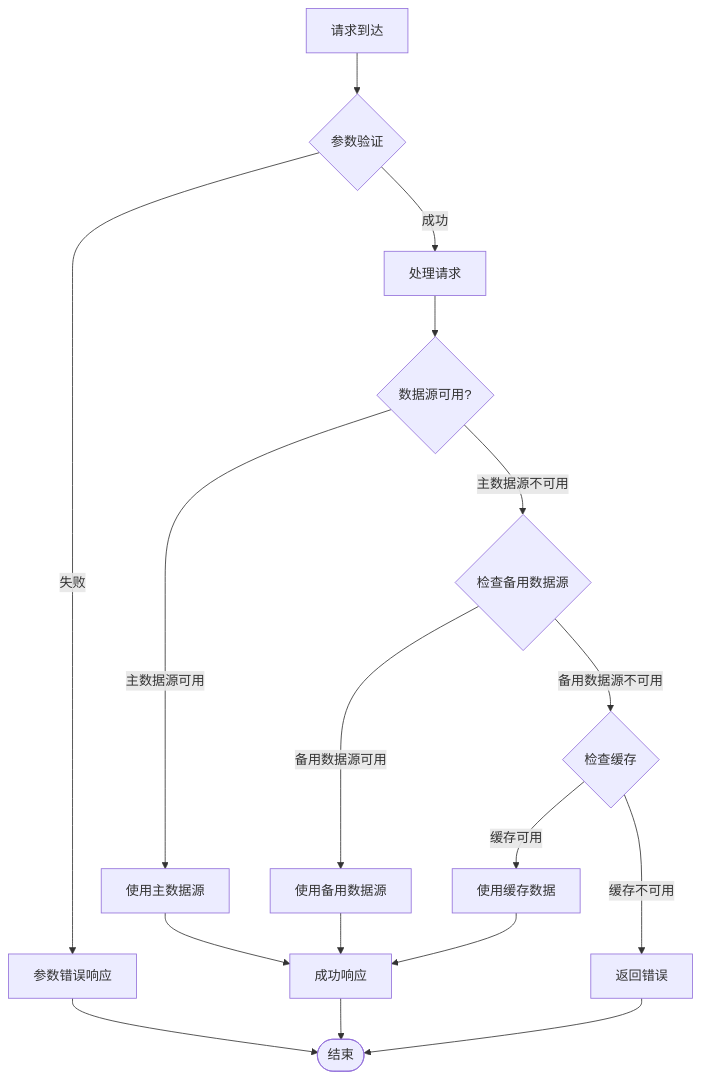
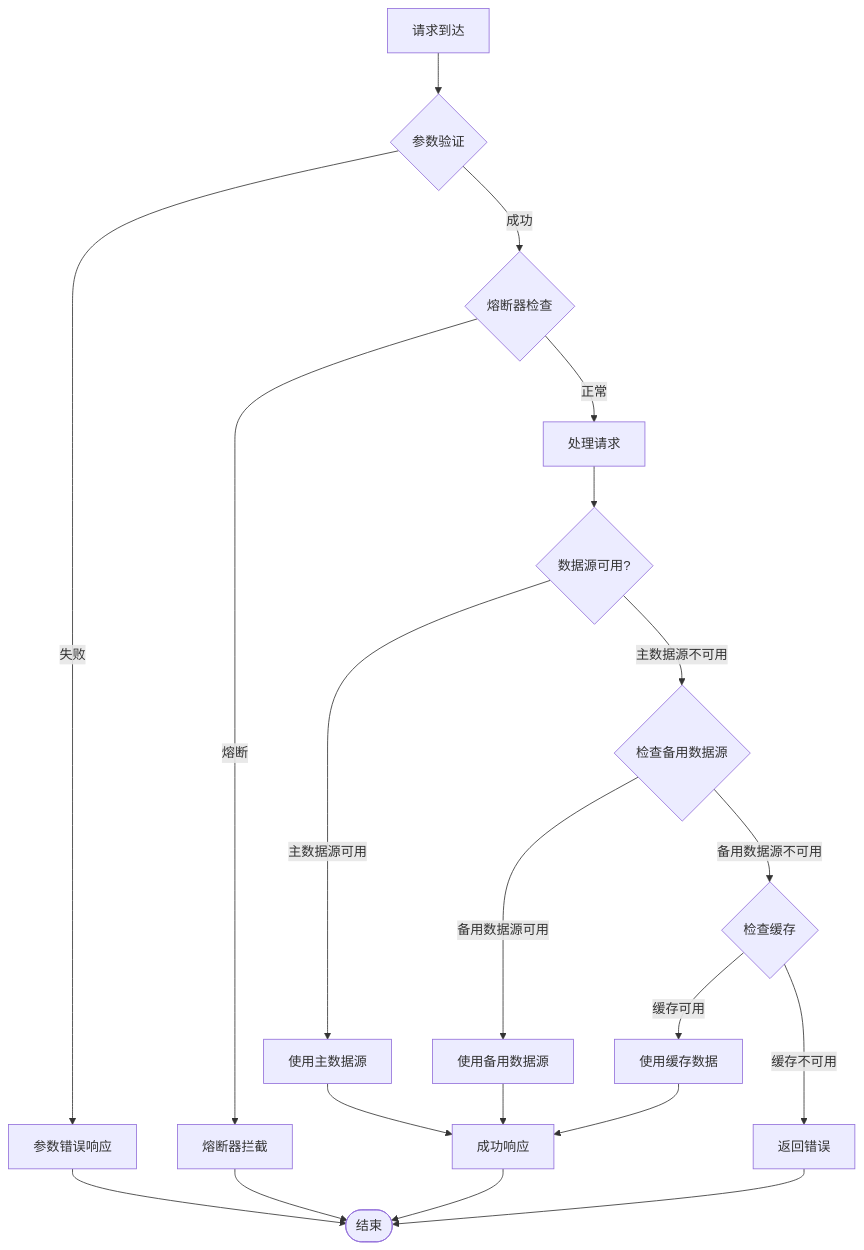
Diagram 20 of 21 in .qoder/repowiki/zh/content/核心功能开发/多源基金估值系统.md (gree-coder/fund-butler), drawn with Mermaid before and after one commit. The commit also changed other lines of this file and 23 other files, not shown here.

````diff
--- a/.qoder/repowiki/zh/content/核心功能开发/多源基金估值系统.md
+++ b/.qoder/repowiki/zh/content/核心功能开发/多源基金估值系统.md
@@ -855,19 +1079,22 @@
 ```mermaid
 flowchart TD
 Request[请求到达] --> Validate{参数验证}
 Validate --> |失败| ParamError[参数错误响应]
-Validate --> |成功| Process[处理请求]
+Validate --> |成功| CheckCircuit{熔断器检查}
+CheckCircuit --> |熔断| CircuitBreak[熔断器拦截]
+CheckCircuit --> |正常| Process[处理请求]
 Process --> DataSource{数据源可用?}
 DataSource --> |主数据源可用| UsePrimary[使用主数据源]
 DataSource --> |主数据源不可用| CheckBackup{检查备用数据源}
 CheckBackup --> |备用数据源可用| UseBackup[使用备用数据源]
 CheckBackup --> |备用数据源不可用| CheckCache{检查缓存}
 CheckCache --> |缓存可用| UseCache[使用缓存数据]
 CheckCache --> |缓存不可用| ReturnError[返回错误]
 UsePrimary --> Success[成功响应]
 UseBackup --> Success
 UseCache --> Success
 ParamError --> End([结束])
+CircuitBreak --> End
 ReturnError --> End
 Success --> End
 ```
````
